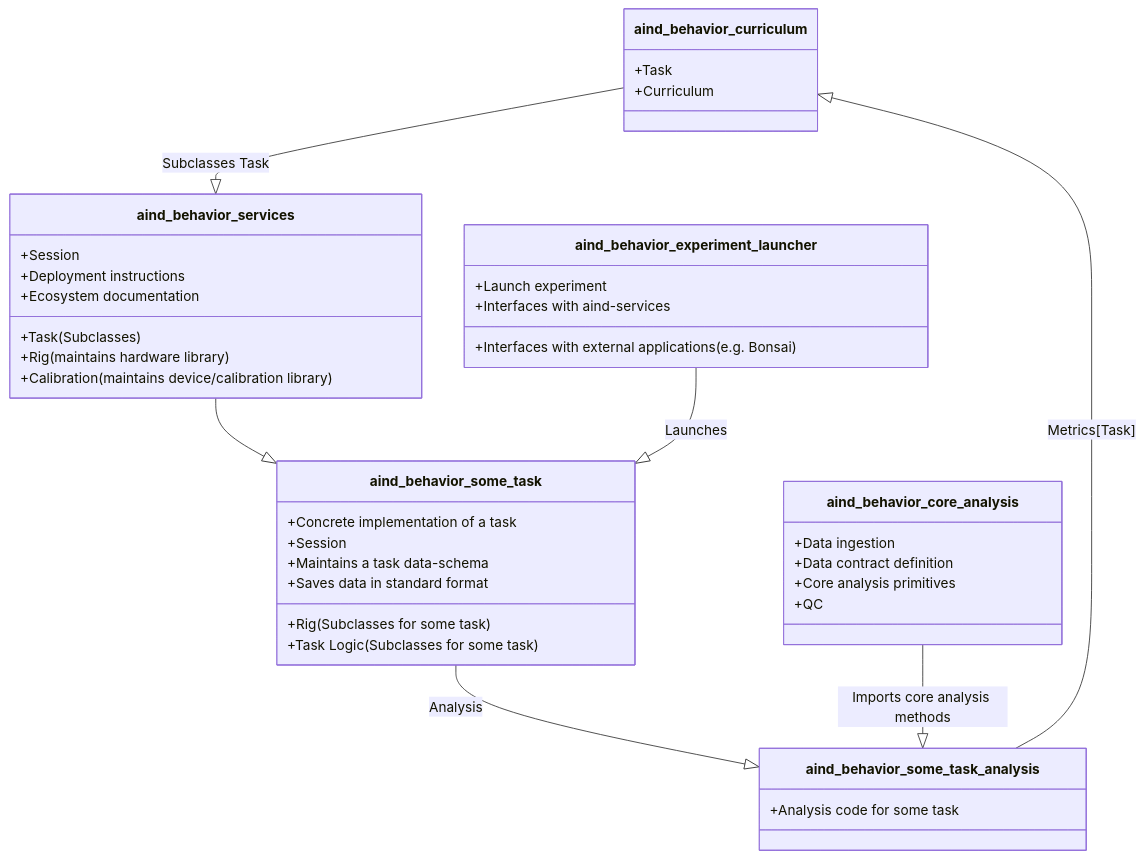
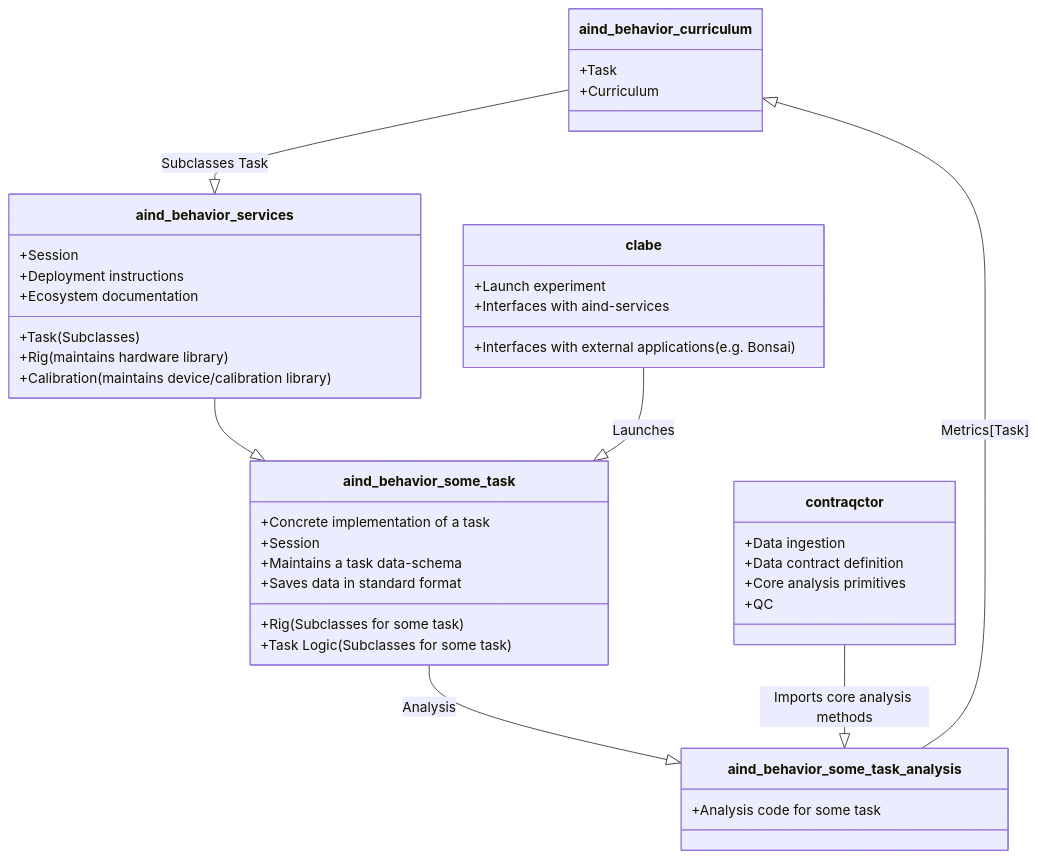
The diagram in README.md (AllenNeuralDynamics/Aind.Behavior.Services), drawn with Mermaid before and after one commit. The commit also changed other lines of this file and 8 other files, not shown here.

````diff
--- a/README.md
+++ b/README.md
@@ -82,51 +82,51 @@
 ```mermaid
 classDiagram
     class aind_behavior_curriculum {
         +Task
         +Curriculum
     }
 
     class aind_behavior_services {
         +Task (Subclasses)
         +Rig (maintains hardware library)
         +Session
         +Calibration (maintains device/calibration library)
         +Deployment instructions
         +Ecosystem documentation
     }
 
-    class aind_behavior_experiment_launcher {
+    class clabe {
         +Launch experiment
         +Interfaces with external applications (e.g. Bonsai)
         +Interfaces with aind-services
     }
 
     class aind_behavior_some_task {
         +Concrete implementation of a task
         +Rig (Subclasses for some task)
         +Session
         +Task Logic (Subclasses for some task)
         +Maintains a task data-schema
         +Saves data in standard format
     }
 
     class aind_behavior_some_task_analysis {
         +Analysis code for some task
     }
 
-    class aind_behavior_core_analysis {
+    class contraqctor {
         +Data ingestion
         +Data contract definition
         +Core analysis primitives
         +QC
     }
 
     aind_behavior_curriculum --|> aind_behavior_services : Subclasses Task
     aind_behavior_services --|> aind_behavior_some_task 
     aind_behavior_some_task --|> aind_behavior_some_task_analysis : Analysis
-    aind_behavior_core_analysis --|> aind_behavior_some_task_analysis : Imports core analysis methods
+    contraqctor --|> aind_behavior_some_task_analysis : Imports core analysis methods
     aind_behavior_some_task_analysis --|> aind_behavior_curriculum : Metrics[Task]
     
-    aind_behavior_experiment_launcher --|> aind_behavior_some_task : Launches
+    clabe --|> aind_behavior_some_task : Launches
 
 ```
````
